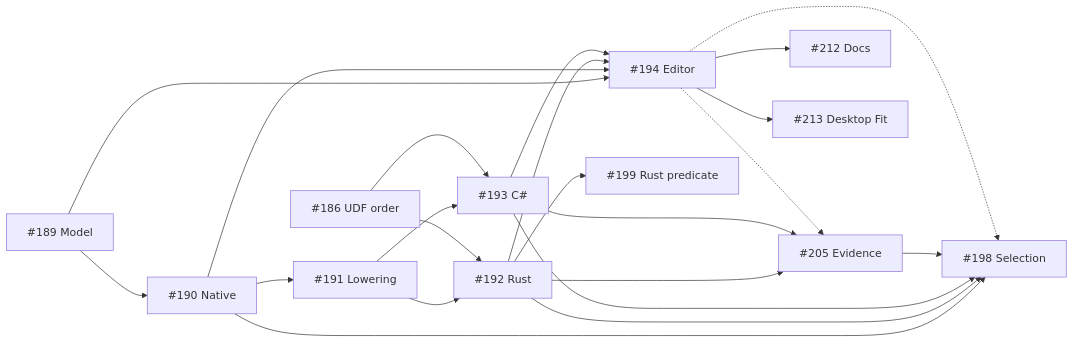
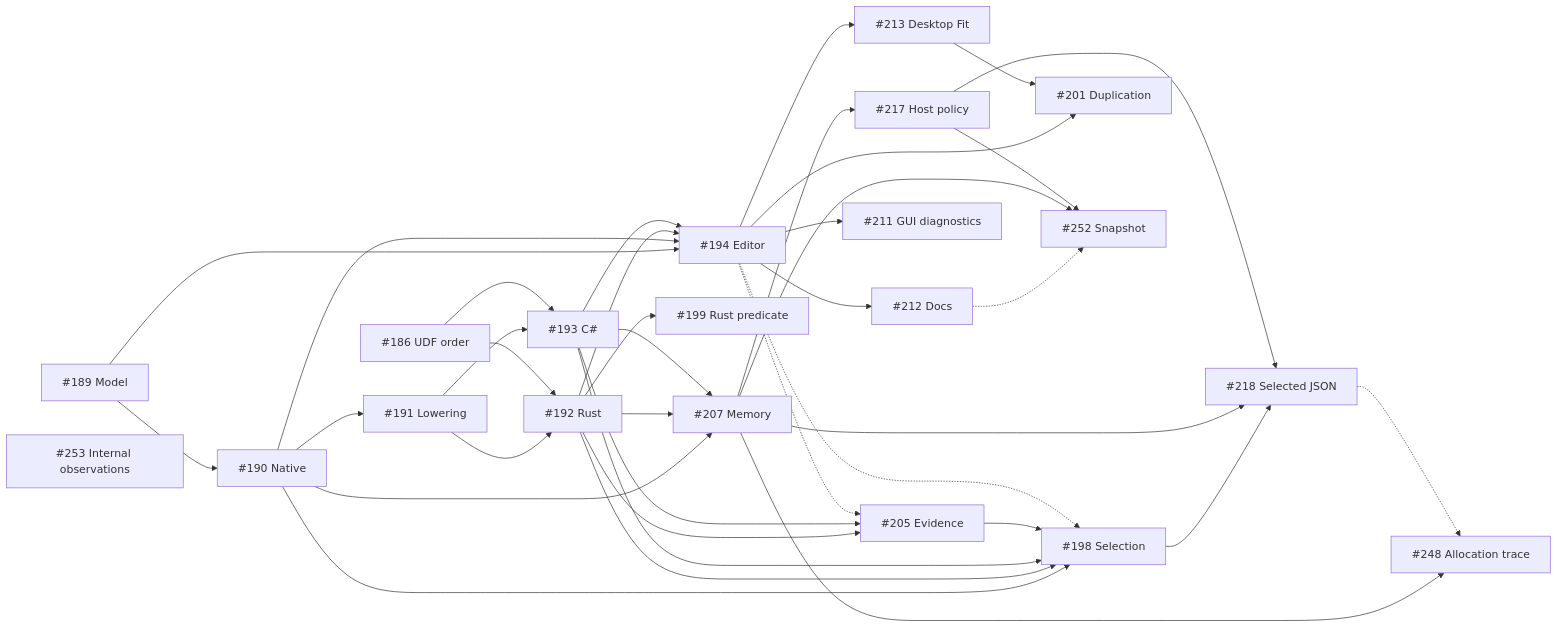
The first of 2 diagrams in docs/parallel-work.md (DeandreT/ferrule), drawn with Mermaid before and after one commit. The commit also changed other lines of this file and 1 other file, not shown here.

Commit message:
docs: refresh roadmap and coordinated issue lanes

````diff
--- a/docs/parallel-work.md
+++ b/docs/parallel-work.md
@@ -426,24 +476,40 @@
 ```mermaid
 flowchart LR
     G189["#189 Model"] --> G190["#190 Native"]
     G190 --> G191["#191 Lowering"]
     G191 --> G192["#192 Rust"]
     G191 --> G193["#193 C#"]
     G186["#186 UDF order"] --> G192
     G186 --> G193
     G189 --> G194["#194 Editor"]
     G190 --> G194
     G192 --> G194
     G193 --> G194
     G190 --> G198["#198 Selection"]
     G192 --> G198
     G193 --> G198
     G192 --> G199["#199 Rust predicate"]
     G192 --> G205["#205 Evidence"]
     G193 --> G205
     G205 --> G198
     G194 --> C212["#212 Docs"]
     G194 --> G213["#213 Desktop Fit"]
     G194 -.-> G198
     G194 -.-> G205
+    G190 --> G207["#207 Memory"]
+    G192 --> G207
+    G193 --> G207
+    G207 --> G217["#217 Host policy"]
+    G198 --> G218["#218 Selected JSON"]
+    G207 --> G218
+    G217 --> G218
+    G207 --> G248["#248 Allocation trace"]
+    G218 -.-> G248
+    G194 --> G201["#201 Duplication"]
+    G213 --> G201
+    G194 --> G211["#211 GUI diagnostics"]
+    C212 -.-> C252["#252 Snapshot"]
+    G207 --> C252
+    G217 --> C252
+    G253["#253 Internal observations"]
 ```
````
